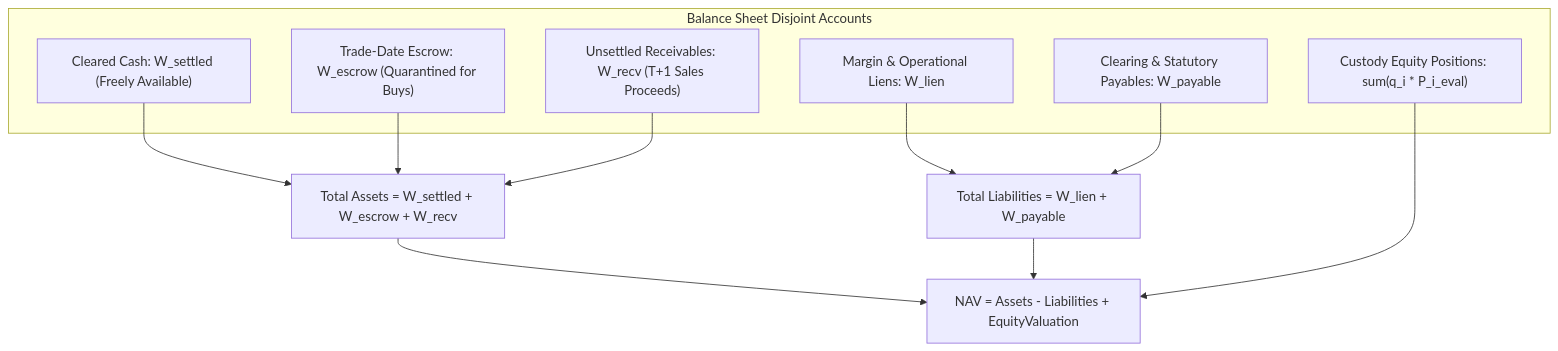
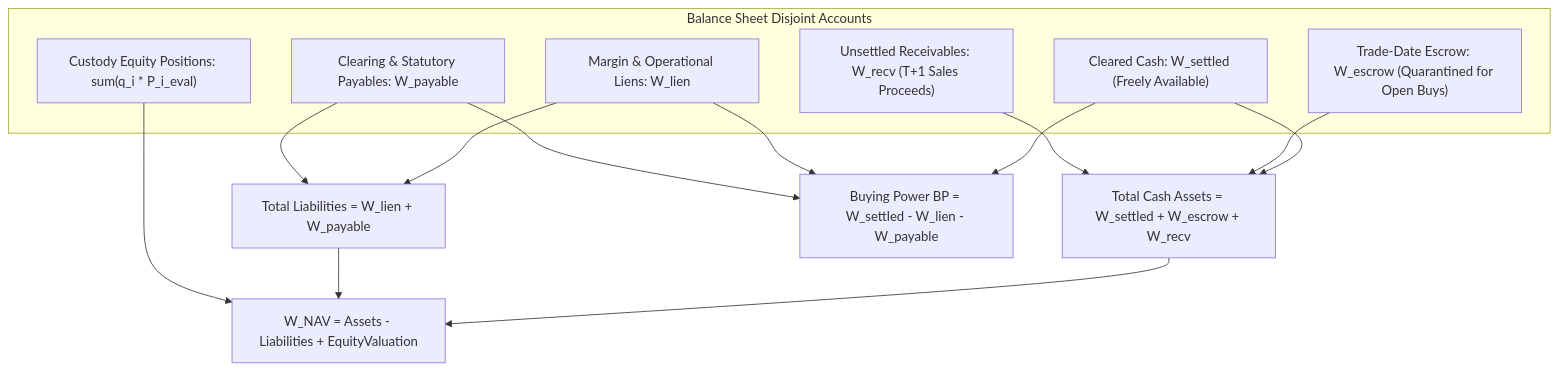
One commit to 2k25it2514261-cloud/alphaniti changed the third of 4 diagrams in README.md. Above: the diagram before and after it, drawn with Mermaid. The commit also changed other lines of this file and 2 other files, not shown here.

````diff
--- a/README.md
+++ b/README.md
@@ -474,20 +339,16 @@
 ```mermaid
 flowchart TD
     subgraph Accounts ["Balance Sheet Disjoint Accounts"]
         A1["Cleared Cash: W_settled (Freely Available)"]
-        A2["Trade-Date Escrow: W_escrow (Quarantined for Buys)"]
+        A2["Trade-Date Escrow: W_escrow (Quarantined for Open Buys)"]
         A3["Unsettled Receivables: W_recv (T+1 Sales Proceeds)"]
         L1["Margin & Operational Liens: W_lien"]
         L2["Clearing & Statutory Payables: W_payable"]
         E["Custody Equity Positions: sum(q_i * P_i_eval)"]
     end
     
-    A1 --> Assets["Total Assets = W_settled + W_escrow + W_recv"]
-    A2 --> Assets
-    A3 --> Assets
-    L1 --> Liab["Total Liabilities = W_lien + W_payable"]
-    L2 --> Liab
-    Assets --> NAV["NAV = Assets - Liabilities + EquityValuation"]
-    Liab --> NAV
-    E --> NAV
+    A1 & A2 & A3 --> Assets["Total Cash Assets = W_settled + W_escrow + W_recv"]
+    L1 & L2 --> Liab["Total Liabilities = W_lien + W_payable"]
+    Assets & Liab & E --> NAV["W_NAV = Assets - Liabilities + EquityValuation"]
+    A1 & L1 & L2 --> BP["Buying Power BP = W_settled - W_lien - W_payable"]
 ```
````
